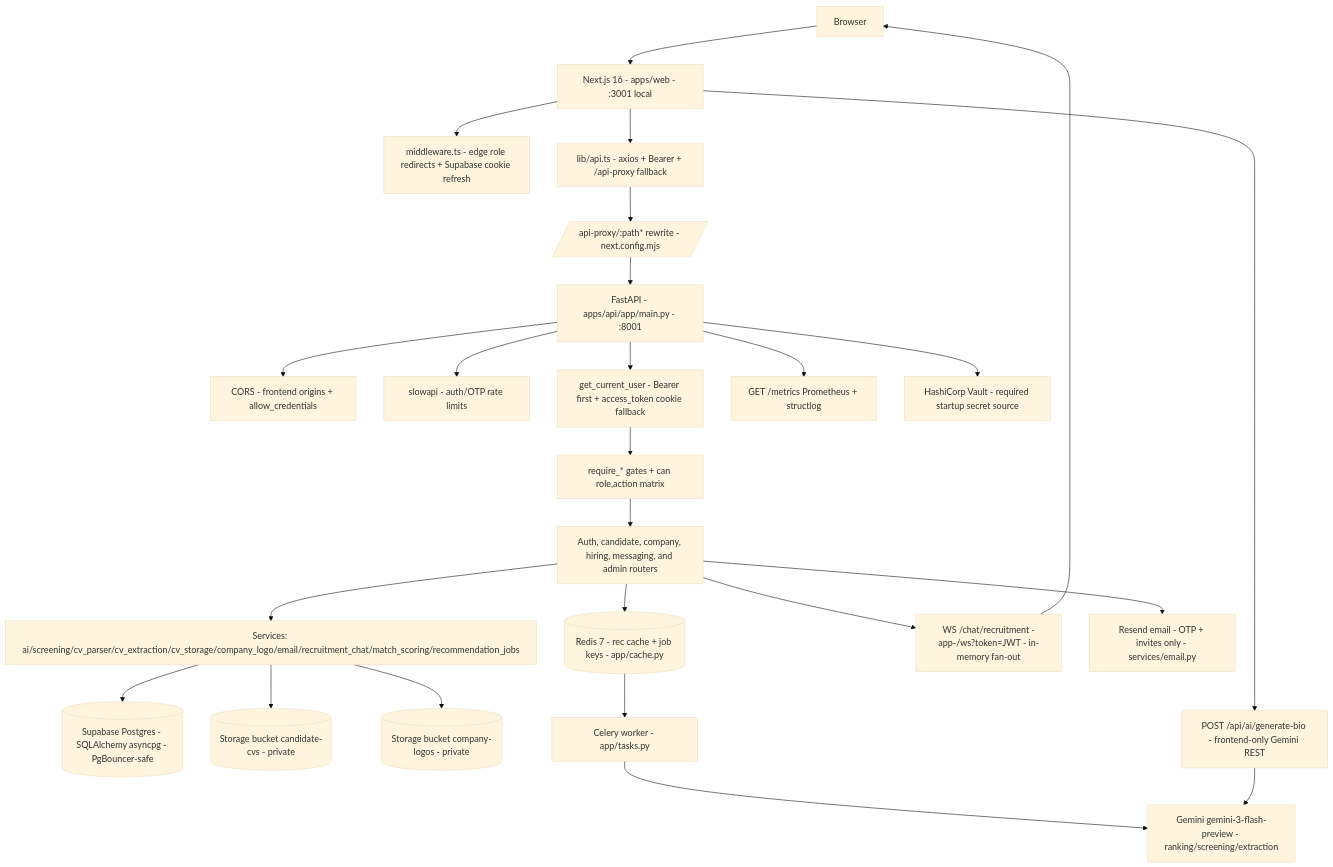
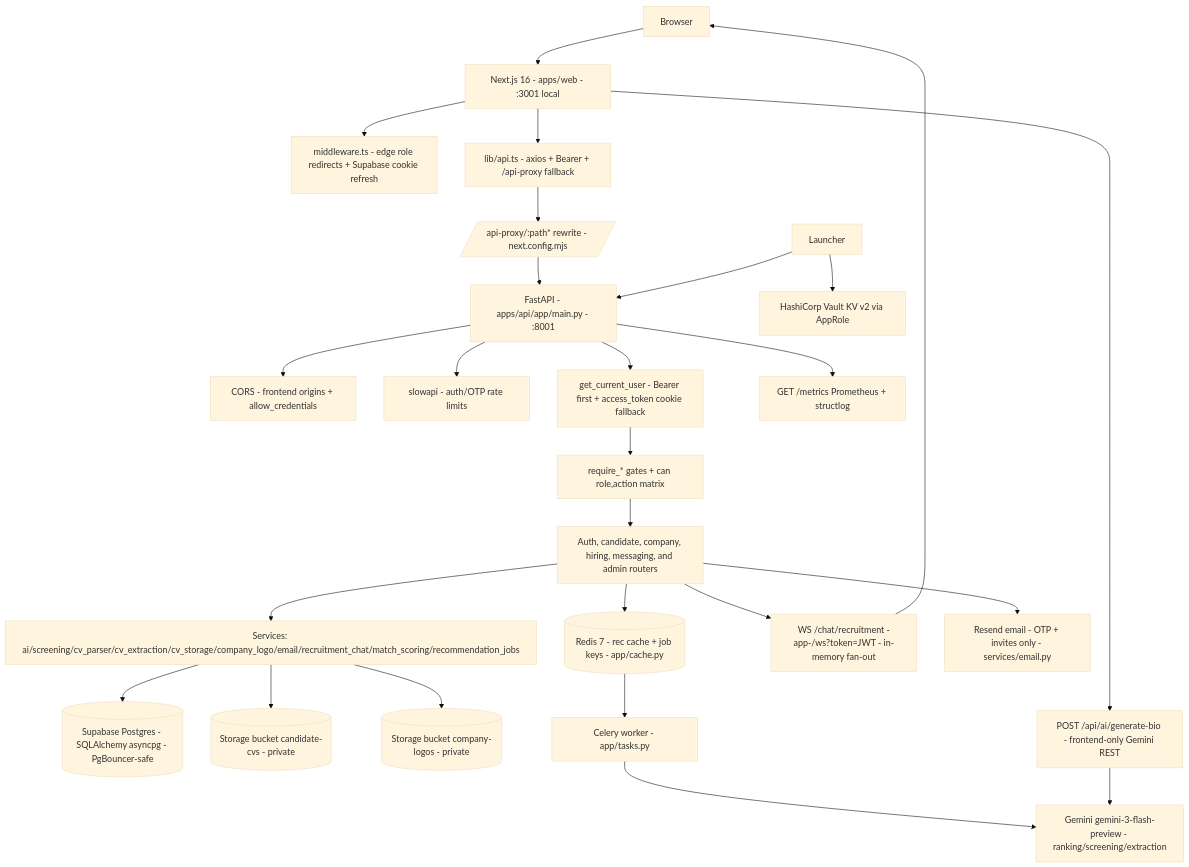
Before and after one commit to aelasefa/coditent: the second of 10 diagrams in README.md, drawn with Mermaid (base theme). The commit also changed other lines of this file and 35 other files, not shown here.

````diff
--- a/README.md
+++ b/README.md
@@ -180,27 +179,28 @@
 ```mermaid
 flowchart TD
     Browser[Browser] --> Web[Next.js 16 - apps/web - :3001 local]
     Web --> MW[middleware.ts - edge role redirects + Supabase cookie refresh]
     Web --> APIClient[lib/api.ts - axios + Bearer + /api-proxy fallback]
     APIClient --> ProxyRewrite[/api-proxy/:path* rewrite - next.config.mjs/]
     ProxyRewrite --> API[FastAPI - apps/api/app/main.py - :8001]
     API --> CORS[CORS - frontend origins + allow_credentials]
     API --> RL[slowapi - auth/OTP rate limits]
     API --> AuthZ[get_current_user - Bearer first + access_token cookie fallback]
     AuthZ --> Gates[require_* gates + can role,action matrix]
     Gates --> Routers[Auth, candidate, company, hiring, messaging, and admin routers]
     Routers --> Services[Services: ai/screening/cv_parser/cv_extraction/cv_storage/company_logo/email/recruitment_chat/match_scoring/recommendation_jobs]
     Services --> PG[(Supabase Postgres - SQLAlchemy asyncpg - PgBouncer-safe)]
     Services --> CVStore[(Storage bucket candidate-cvs - private)]
     Services --> LogoStore[(Storage bucket company-logos - private)]
     Routers --> Redis[(Redis 7 - rec cache + job keys - app/cache.py)]
     Redis --> Worker[Celery worker - app/tasks.py]
     Worker --> Gemini[Gemini gemini-3-flash-preview - ranking/screening/extraction]
     Web --> BioAI[POST /api/ai/generate-bio - frontend-only Gemini REST]
     BioAI --> Gemini
     Routers --> WS[WS /chat/recruitment -app-/ws?token=JWT - in-memory fan-out]
     WS --> Browser
     Routers --> Resend[Resend email - OTP + invites only - services/email.py]
     API --> Metrics[GET /metrics Prometheus + structlog]
-    API --> Vault[HashiCorp Vault - required startup secret source]
+    Launcher --> Vault[HashiCorp Vault KV v2 via AppRole]
+    Launcher --> API
 ```
````
